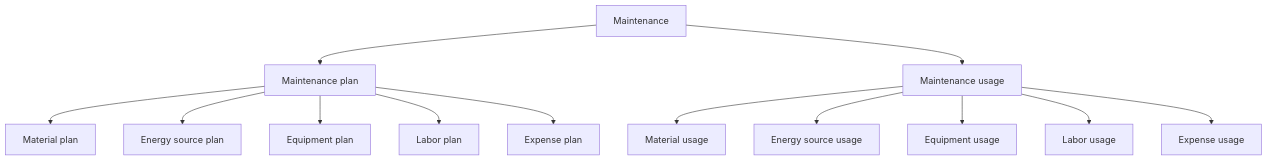
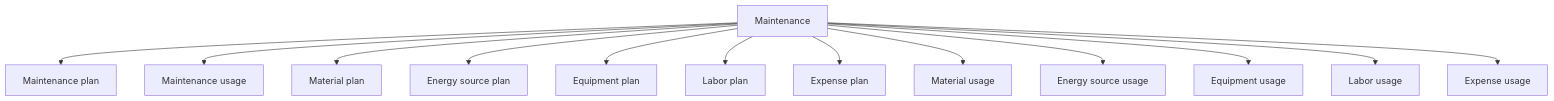
The diagram in docs/integration/maintenance/index.md (Tom-PIT/TomPIT.Pulse.Connector), drawn with Mermaid before and after one commit.

Commit message:
docs: updated diagram

````diff
--- a/docs/integration/maintenance/index.md
+++ b/docs/integration/maintenance/index.md
@@ -9,17 +9,17 @@
 ```mermaid
 graph TD
   A[Maintenance] --> B[Maintenance plan]
   A --> C[Maintenance usage]
 
-  B --> D[Material plan]
-  B --> E[Energy source plan]
-  B --> F[Equipment plan]
-  B --> G[Labor plan]
-  B --> H[Expense plan]
+  A --> D[Material plan]
+  A --> E[Energy source plan]
+  A --> F[Equipment plan]
+  A --> G[Labor plan]
+  A --> H[Expense plan]
 
-  C --> I[Material usage]
-  C --> J[Energy source usage]
-  C --> K[Equipment usage]
-  C --> L[Labor usage]
-  C --> M[Expense usage]
+  A --> I[Material usage]
+  A --> J[Energy source usage]
+  A --> K[Equipment usage]
+  A --> L[Labor usage]
+  A --> M[Expense usage]
 ```
````
